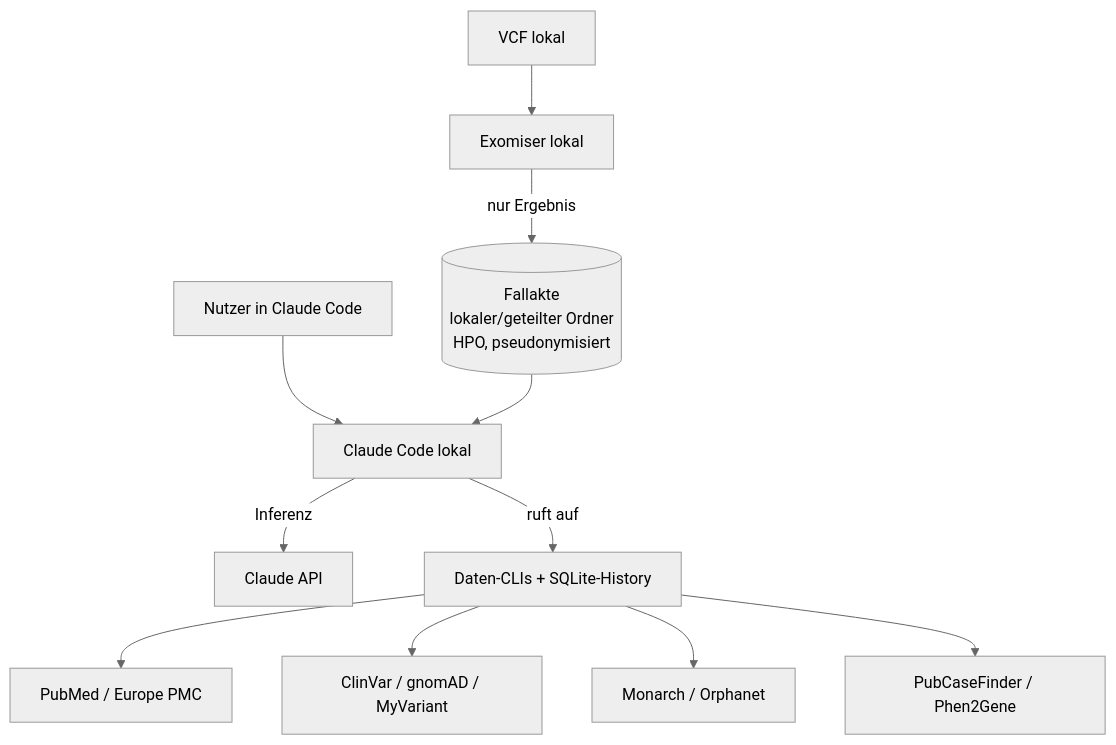
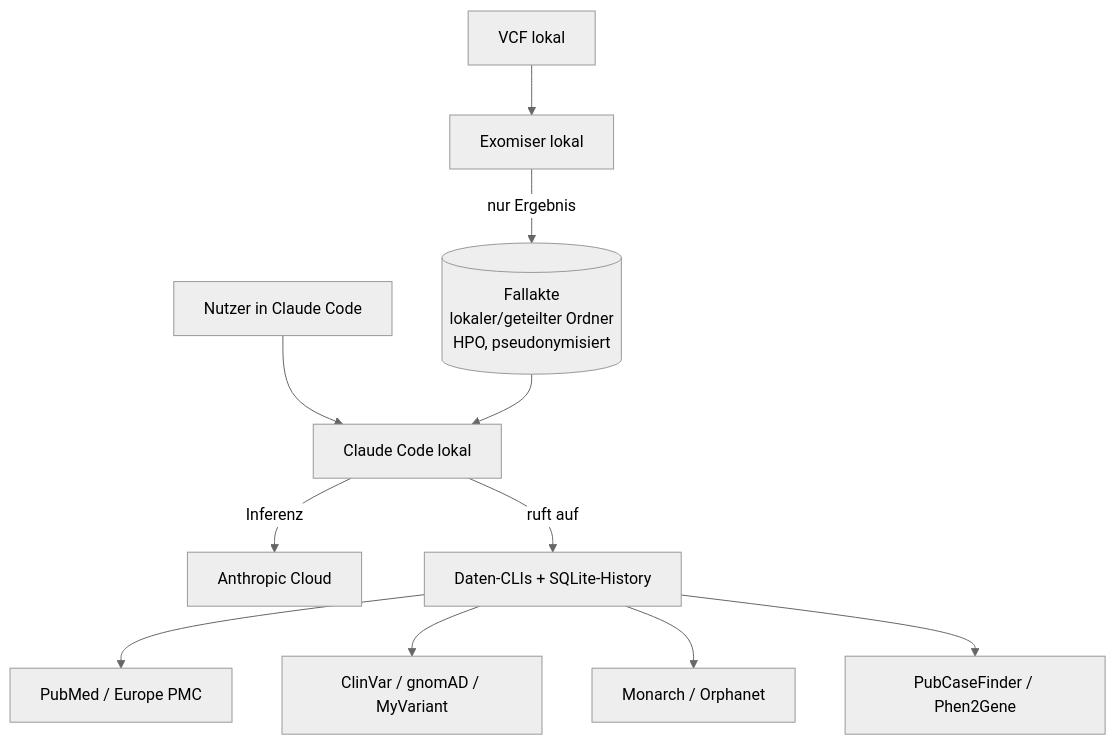
The diagram in docs/architektur.md (tombalabomba/rare-disease-compass), drawn with Mermaid before and after one commit. The commit also changed 4 other files, not shown here.

First line of the commit message:
docs: Inferenz-/Datenschutz-Aussage präzisieren (Claude Code ≠ lokales Modell)

````diff
--- a/docs/architektur.md
+++ b/docs/architektur.md
@@ -18,13 +18,13 @@
 ```mermaid
 %%{init: {'theme': 'neutral'}}%%
 flowchart TB
     U[Nutzer in Claude Code] --> CC[Claude Code lokal]
     CASE[(Fallakte<br/>lokaler/geteilter Ordner<br/>HPO, pseudonymisiert)] --> CC
-    CC -->|Inferenz| CL[Claude API]
+    CC -->|Inferenz| CL[Anthropic Cloud]
     CC -->|ruft auf| CLIS[Daten-CLIs + SQLite-History]
     CLIS --> PUB[PubMed / Europe PMC]
     CLIS --> VAR[ClinVar / gnomAD / MyVariant]
     CLIS --> GRAPH[Monarch / Orphanet]
     CLIS --> DDX[PubCaseFinder / Phen2Gene]
     VCF[VCF lokal] --> EXO[Exomiser lokal] -->|nur Ergebnis| CASE
 ```
````
